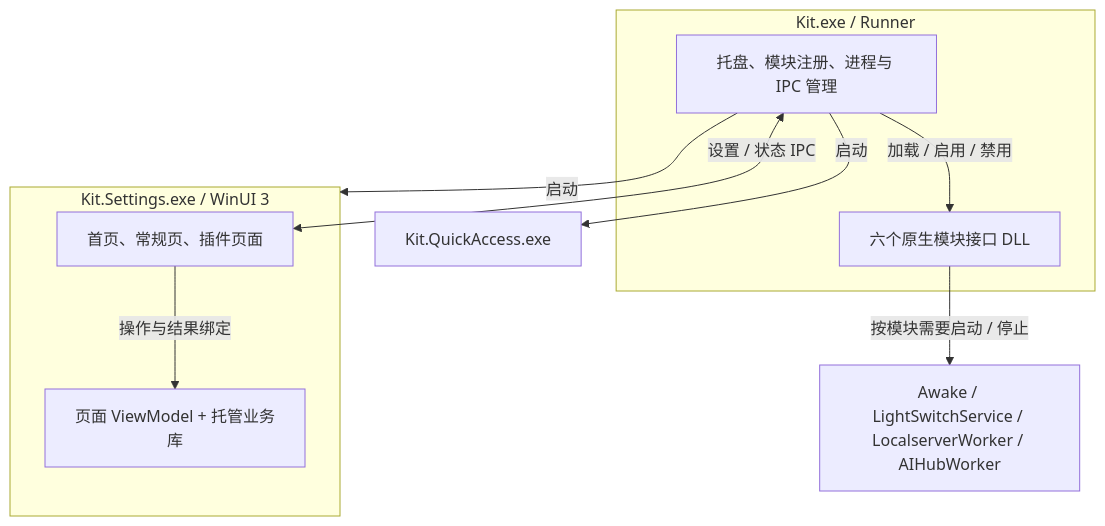
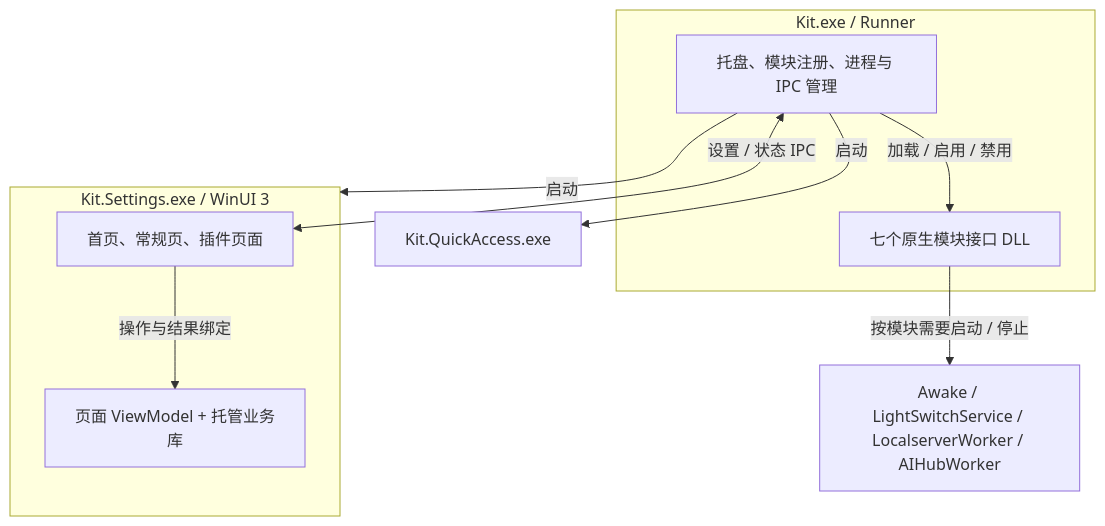
Before and after one commit to guijianchou/Kit: the first of 7 diagrams in README_zh.md, drawn with Mermaid. The commit also changed other lines of this file and 156 other files, not shown here.

````diff
--- a/README_zh.md
+++ b/README_zh.md
@@ -32,17 +33,17 @@
 ```mermaid
 flowchart TB
     subgraph R["Kit.exe / Runner"]
         HOST["托盘、模块注册、进程与 IPC 管理"]
-        MI["六个原生模块接口 DLL"]
+        MI["七个原生模块接口 DLL"]
         HOST -->|"加载 / 启用 / 禁用"| MI
     end
     subgraph S["Kit.Settings.exe / WinUI 3"]
         UI["首页、常规页、插件页面"]
         CORE["页面 ViewModel + 托管业务库"]
         UI -->|"操作与结果绑定"| CORE
     end
     HOST -->|"启动"| S
     UI <-->|"设置 / 状态 IPC"| HOST
     HOST -->|"启动"| QA["Kit.QuickAccess.exe"]
     MI -->|"按模块需要启动 / 停止"| W["Awake / LightSwitchService / LocalserverWorker / AIHubWorker"]
 ```
````
